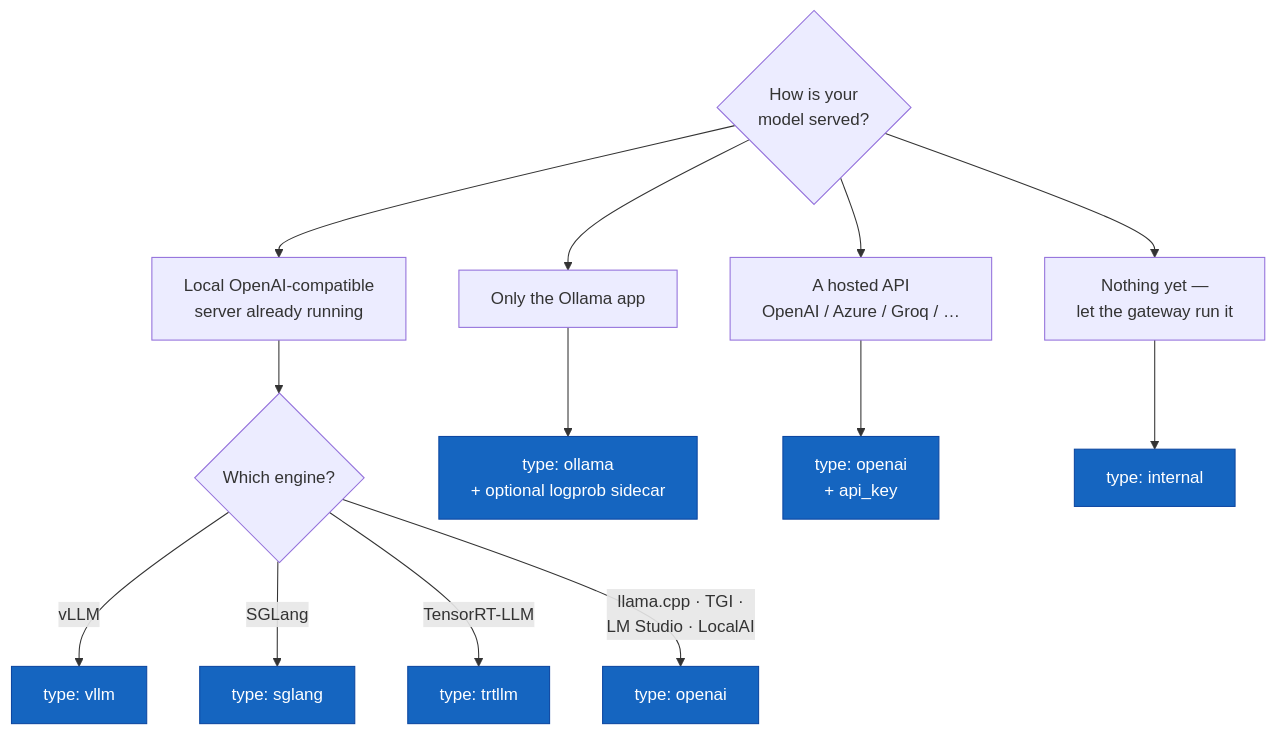
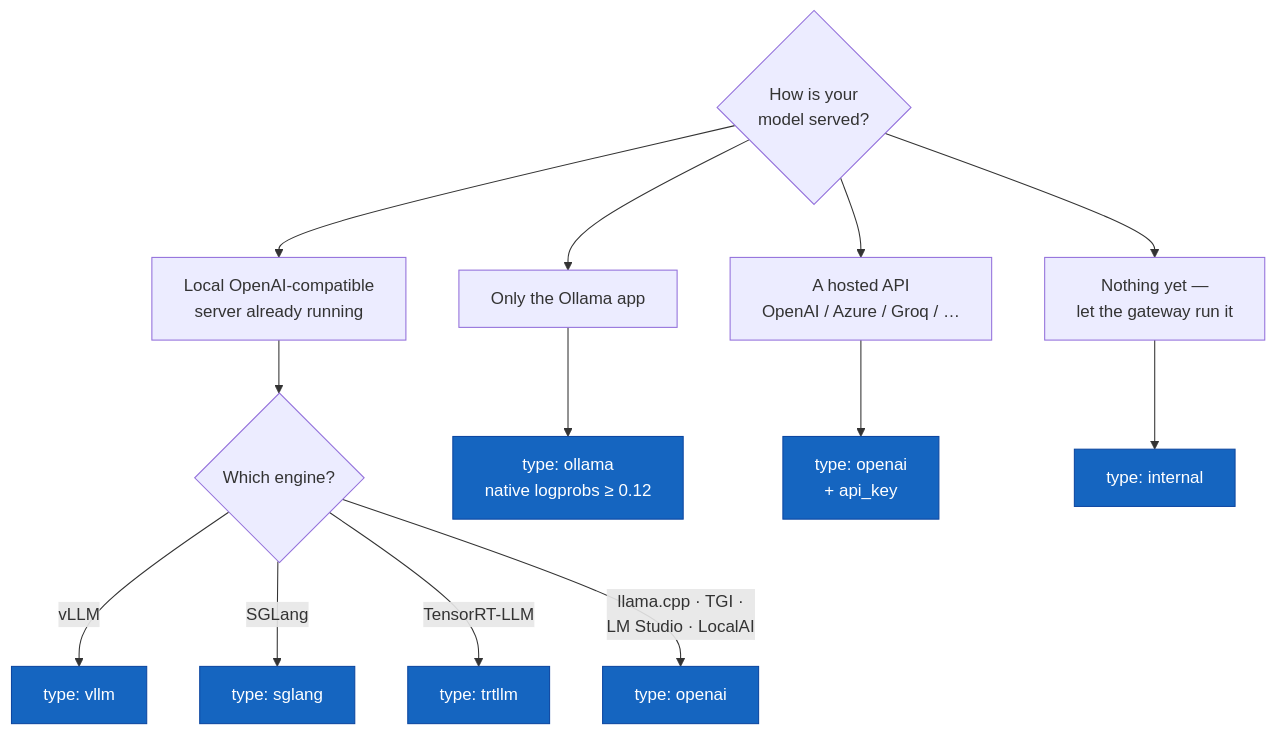
One commit to geodesia-ai/geodesia-docs changed the second of 7 diagrams in docs/gateway/compatibility.md. Above: the diagram before and after it, drawn with Mermaid. The commit also changed other lines of this file and 3 other files, not shown here.

First line of the commit message:
docs: Ollama supports native log-probs (≥ 0.12) — update compatibility matrix

````diff
--- a/docs/gateway/compatibility.md
+++ b/docs/gateway/compatibility.md
@@ -114,19 +114,19 @@
 ```mermaid
 flowchart TD
     Q{How is your<br/>model served?} --> A[Local OpenAI-compatible<br/>server already running]
     Q --> B[Only the Ollama app]
     Q --> C[A hosted API<br/>OpenAI / Azure / Groq / …]
     Q --> D[Nothing yet —<br/>let the gateway run it]
 
     A --> A1{Which engine?}
     A1 -->|vLLM| TV[type: vllm]:::t
     A1 -->|SGLang| TS[type: sglang]:::t
     A1 -->|TensorRT-LLM| TT[type: trtllm]:::t
     A1 -->|llama.cpp · TGI ·<br/>LM Studio · LocalAI| TO[type: openai]:::t
 
-    B --> TB[type: ollama<br/>+ optional logprob sidecar]:::t
+    B --> TB[type: ollama<br/>native logprobs ≥ 0.12]:::t
     C --> TC[type: openai<br/>+ api_key]:::t
     D --> TD[type: internal]:::t
 
     classDef t fill:#1565c0,color:#fff,stroke:#0d47a1;
 ```
````
